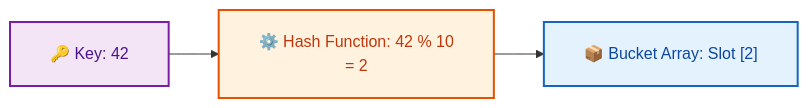
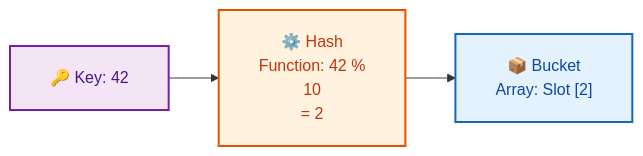
One commit to dip4k/DSA_102 changed the fifth of 7 diagrams in week_03_foundations_iii_sorting_and_hashing/Week_03_Visual_Concepts_Playbook_HYBRID.md. Above: the diagram before and after it, drawn with Mermaid. The commit also changed other lines of this file and 106 other files, not shown here.

First line of the commit message:
fix(mermaid): prevent text clipping with foreignObject overflow and tighter line wrapping

````diff
--- a/week_03_foundations_iii_sorting_and_hashing/Week_03_Visual_Concepts_Playbook_HYBRID.md
+++ b/week_03_foundations_iii_sorting_and_hashing/Week_03_Visual_Concepts_Playbook_HYBRID.md
@@ -466,13 +466,13 @@
 ```mermaid
-%%{init: {"flowchart": {"htmlLabels": true, "padding": 20}}}%%
+%%{init: {"flowchart": {"htmlLabels": true, "padding": 20}, "themeCSS": "foreignObject { overflow: visible !important; }"}}%%
 flowchart LR
     classDef key fill:#f3e5f5,stroke:#7b1fa2,stroke-width:2px,color:#4a148c
     classDef hash fill:#fff3e0,stroke:#e65100,stroke-width:2px,color:#bf360c
     classDef bucket fill:#e3f2fd,stroke:#1565c0,stroke-width:2px,color:#0d47a1
 
     Key["🔑 Key: 42"]:::key
-    Hash["⚙️ Hash Function: 42 % 10<br/>= 2"]:::hash
-    Bucket["📦 Bucket Array: Slot [2]"]:::bucket
+    Hash["⚙️ Hash<br/>Function: 42 %<br/>10<br/>= 2"]:::hash
+    Bucket["📦 Bucket<br/>Array: Slot [2]"]:::bucket
 
     Key --> Hash --> Bucket
 ```
````
